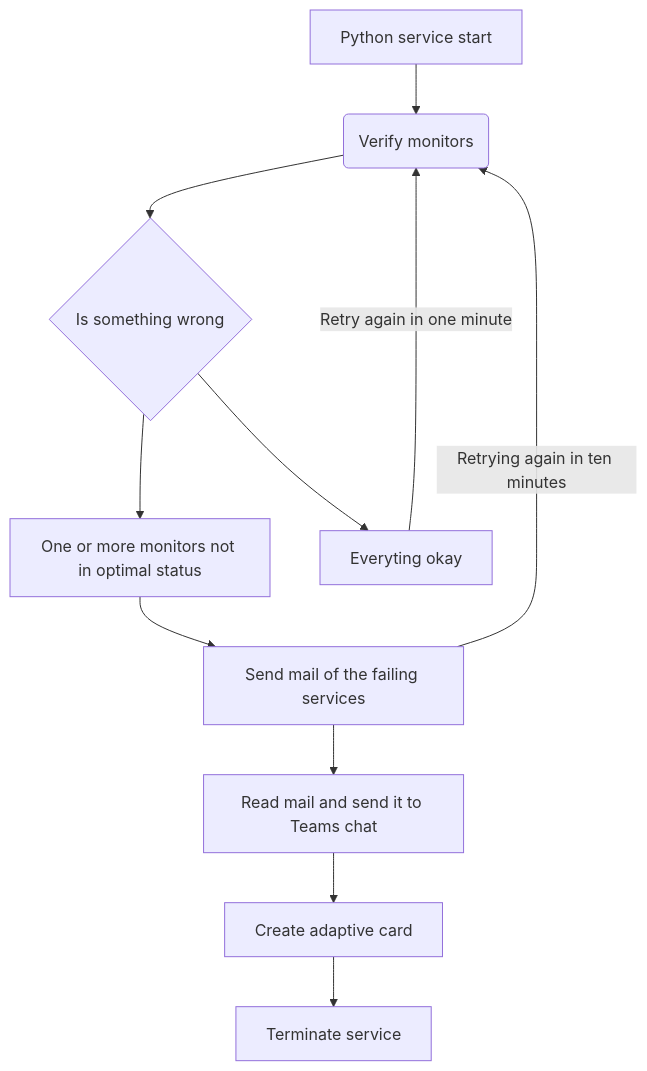
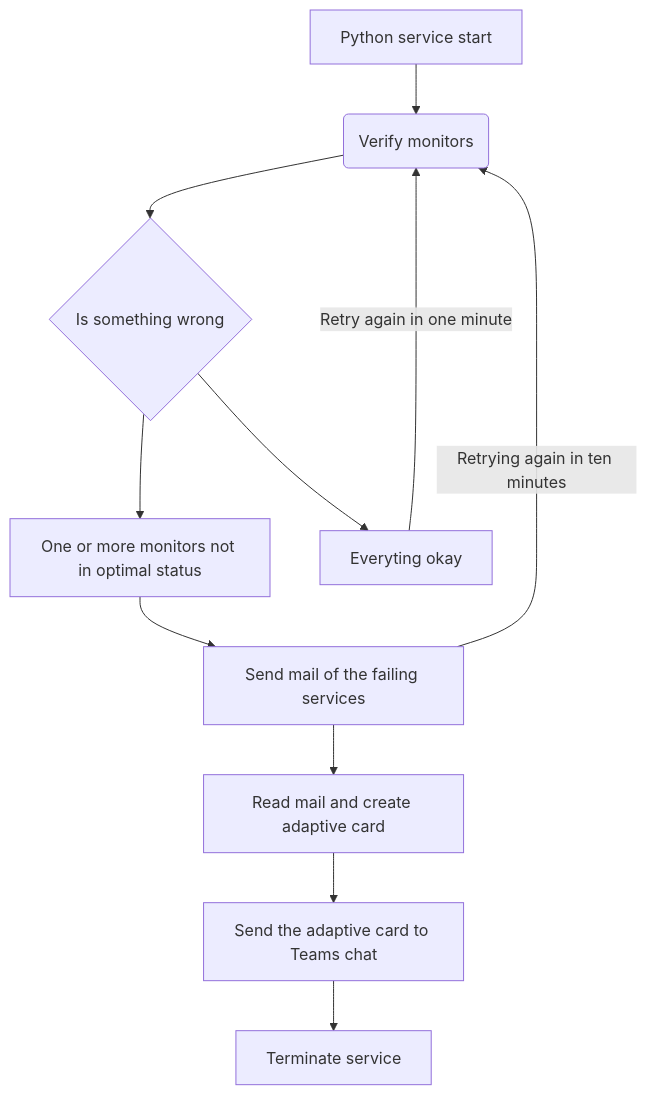
Before and after one commit to Facelessdivine/monitors-shared-tech: the diagram in README.md, drawn with Mermaid.

Commit message:
updated graph of the

````diff
--- a/README.md
+++ b/README.md
@@ -29,13 +29,13 @@
 ```mermaid
 graph TD
     A[Python service start] --> B(Verify monitors)
     B --> C{Is something wrong}
     C --> D[One or more monitors not in optimal status]
     C --> E[Everyting okay]
     E -- Retry again in one minute --> B
     D --> F[Send mail of the failing services]
     F -- Retrying again in ten minutes --> B
-    F --> H[Read mail and send it to Teams chat]
-    H --> G[Create adaptive card]
+    F --> H[Read mail and create adaptive card]
+    H --> G[Send the adaptive card to Teams chat]
     G --> I[Terminate service]
 ```
````
